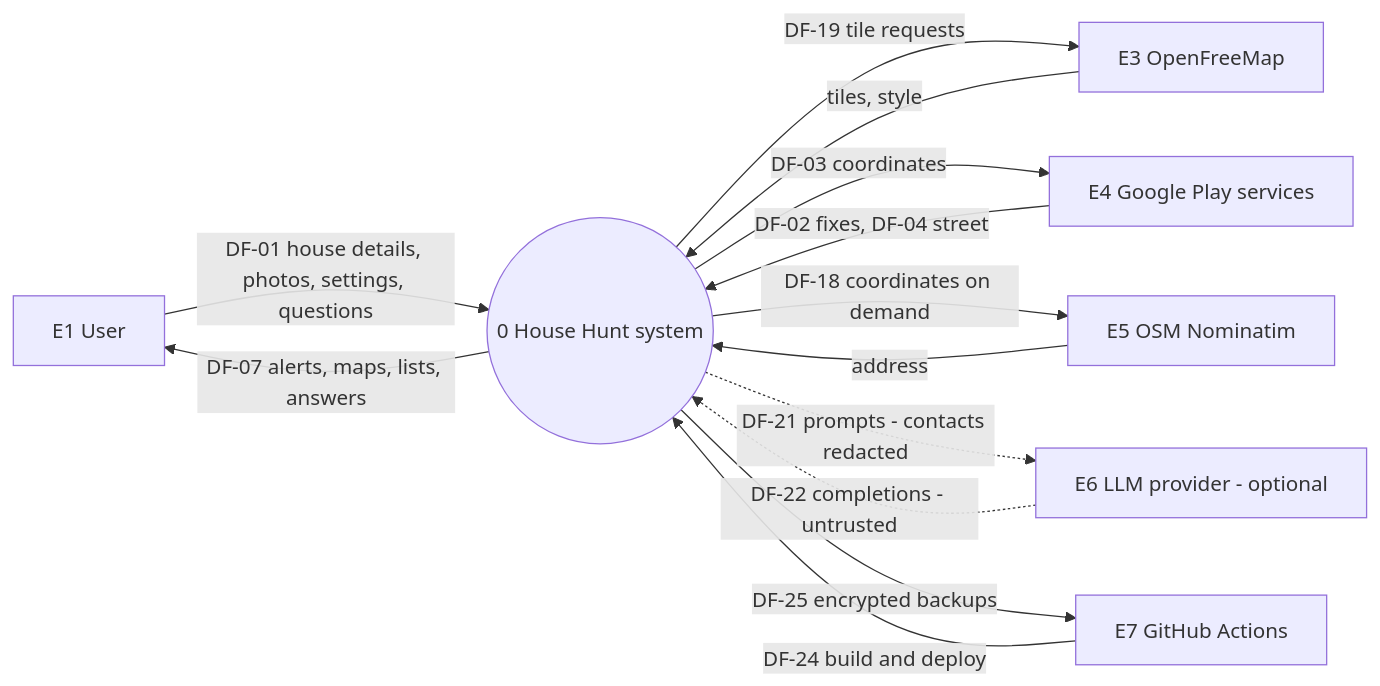
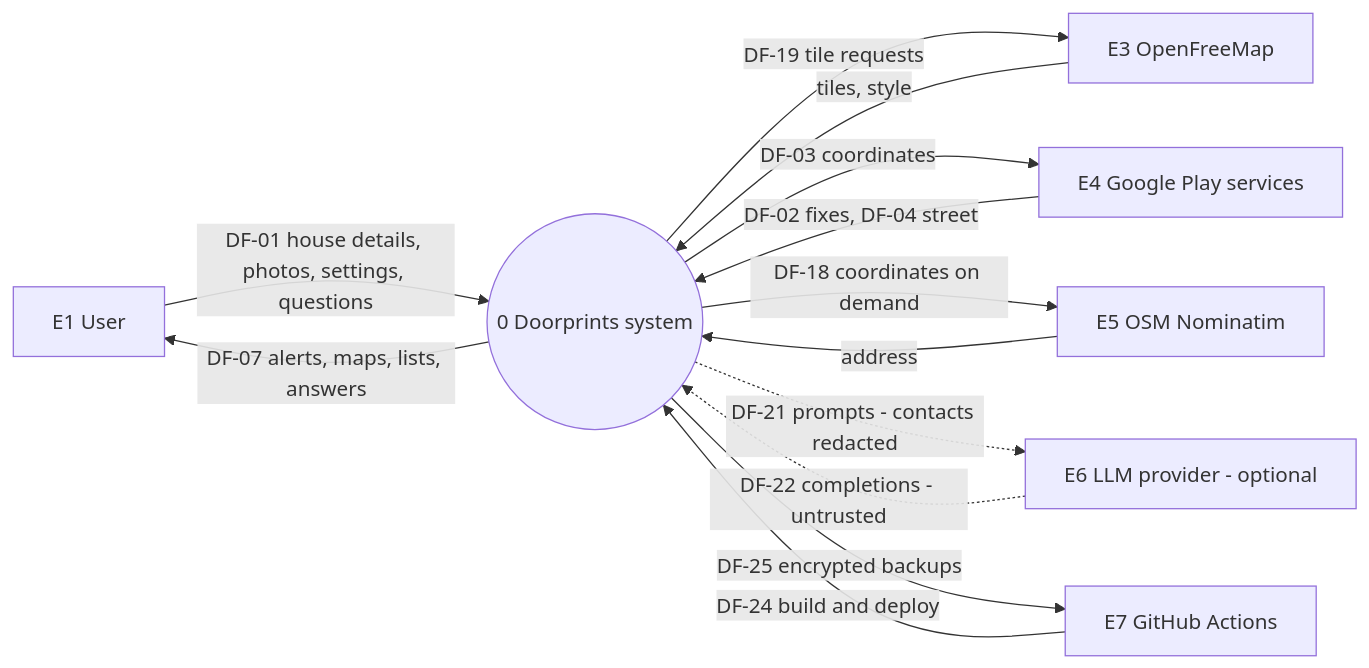
The first of 7 diagrams in docs/04-data-flow-diagrams.md (Sriram-Codes-SW/doorprints), drawn with Mermaid before and after one commit. The commit also changed other lines of this file and 54 other files, not shown here.

````diff
--- a/docs/04-data-flow-diagrams.md
+++ b/docs/04-data-flow-diagrams.md
@@ -45,22 +46,22 @@
 ```mermaid
 flowchart LR
     E1["E1 User"]
     E3["E3 OpenFreeMap"]
     E4["E4 Google Play services"]
     E5["E5 OSM Nominatim"]
     E6["E6 LLM provider - optional"]
     E7["E7 GitHub Actions"]
-    P0(("0 House Hunt system"))
+    P0(("0 Doorprints system"))
     E1 -->|"DF-01 house details, photos, settings, questions"| P0
     P0 -->|"DF-07 alerts, maps, lists, answers"| E1
     P0 -->|"DF-19 tile requests"| E3
     E3 -->|"tiles, style"| P0
     P0 -->|"DF-03 coordinates"| E4
     E4 -->|"DF-02 fixes, DF-04 street"| P0
     P0 -->|"DF-18 coordinates on demand"| E5
     E5 -->|"address"| P0
     P0 -.->|"DF-21 prompts - contacts redacted"| E6
     E6 -.->|"DF-22 completions - untrusted"| P0
     E7 -->|"DF-24 build and deploy"| P0
     P0 -->|"DF-25 encrypted backups"| E7
 ```
````
